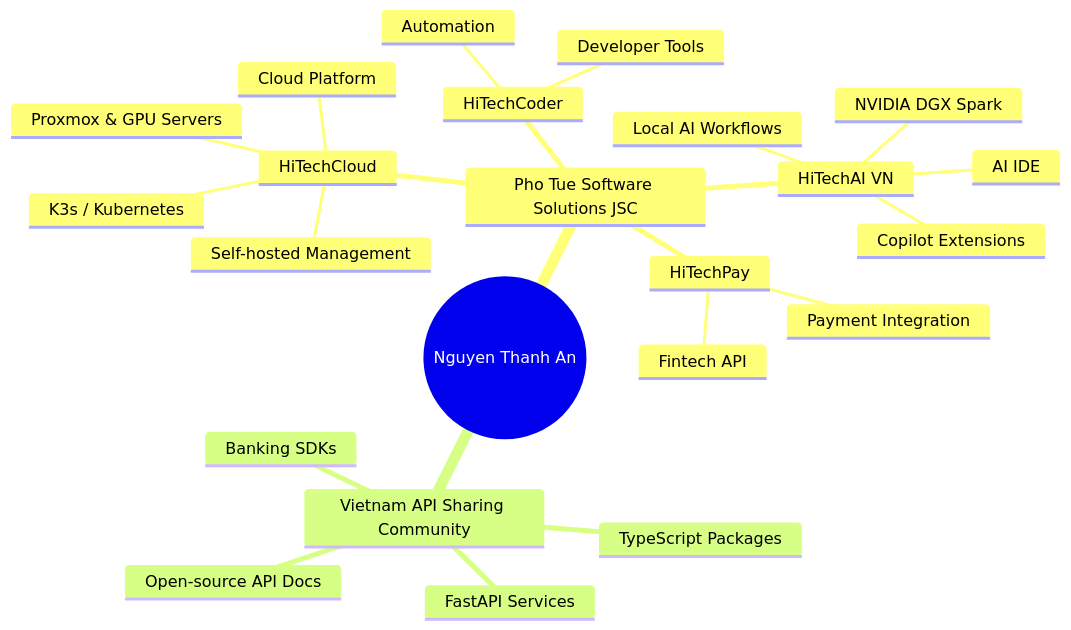
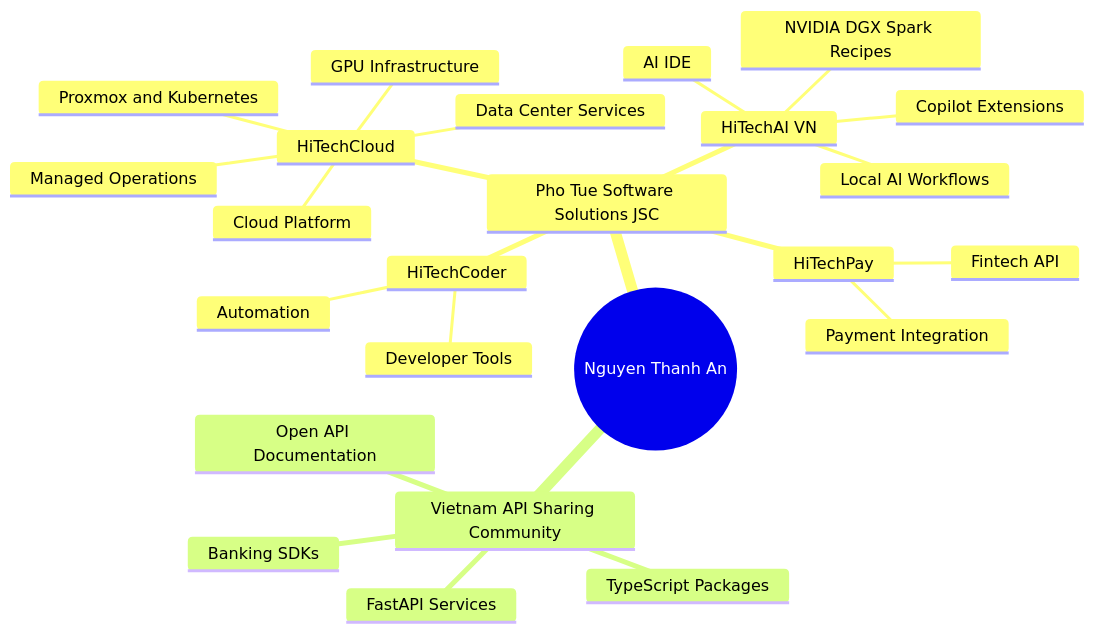
One commit to thanhan92-f1/thanhan92-f1 changed the diagram in README.md. Above: the diagram before and after it, drawn with Mermaid. The commit also changed other lines of this file and 1 other file, not shown here.

````diff
--- a/README.md
+++ b/README.md
@@ -280,26 +277,27 @@
 ```mermaid
 mindmap
   root((Nguyen Thanh An))
     Pho Tue Software Solutions JSC
       HiTechCloud
         Cloud Platform
-        Proxmox & GPU Servers
-        K3s / Kubernetes
-        Self-hosted Management
+        Data Center Services
+        GPU Infrastructure
+        Proxmox and Kubernetes
+        Managed Operations
       HiTechAI VN
         AI IDE
         Copilot Extensions
         Local AI Workflows
-        NVIDIA DGX Spark
+        NVIDIA DGX Spark Recipes
       HiTechPay
         Payment Integration
         Fintech API
       HiTechCoder
         Developer Tools
         Automation
     Vietnam API Sharing Community
       Banking SDKs
       FastAPI Services
       TypeScript Packages
-      Open-source API Docs
+      Open API Documentation
 ```
````
